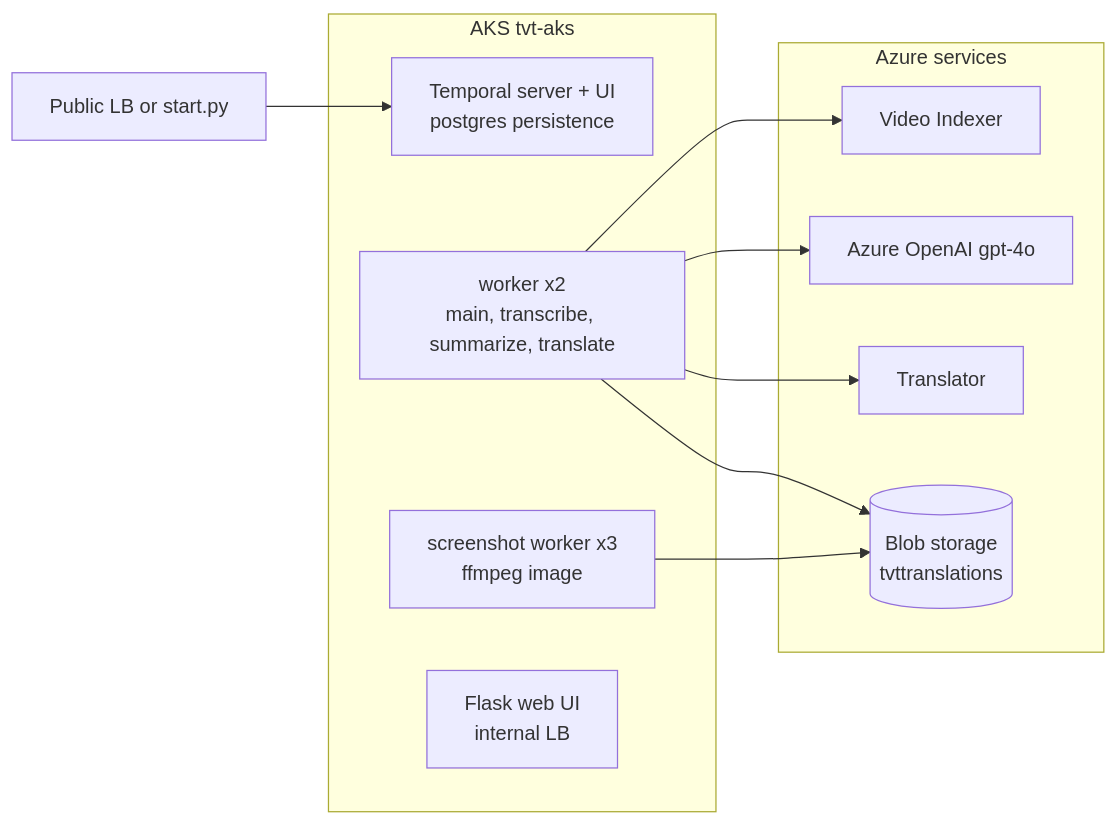
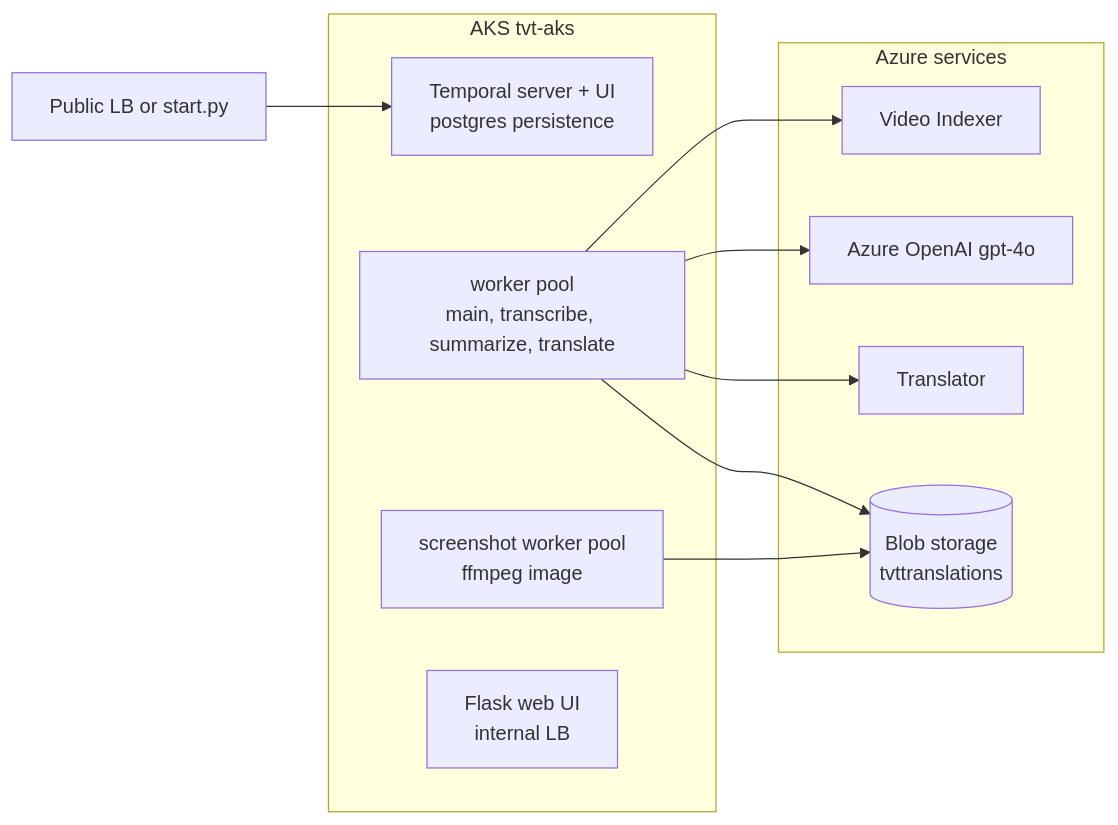
Before and after one commit to chrisumbel/temporal-video-translator: the second of 2 diagrams in README.md, drawn with Mermaid. The commit also changed other lines of this file and 23 other files, not shown here.

````diff
--- a/README.md
+++ b/README.md
@@ -35,18 +37,18 @@
 ```mermaid
 flowchart LR
     client[Public LB or start.py] --> temporal
     subgraph AKS [AKS tvt-aks]
         temporal[Temporal server + UI<br>postgres persistence]
-        worker[worker x2<br>main, transcribe, summarize, translate]
-        shot[screenshot worker x3<br>ffmpeg image]
+        worker[worker pool<br>main, transcribe, summarize, translate]
+        shot[screenshot worker pool<br>ffmpeg image]
         web[Flask web UI<br>internal LB]
     end
     subgraph Azure [Azure services]
         vi[Video Indexer]
         aoai[Azure OpenAI gpt-4o]
         tr[Translator]
         storage[(Blob storage<br>tvttranslations)]
     end
     worker --> vi & aoai & tr & storage
     shot --> storage
 ```
````
